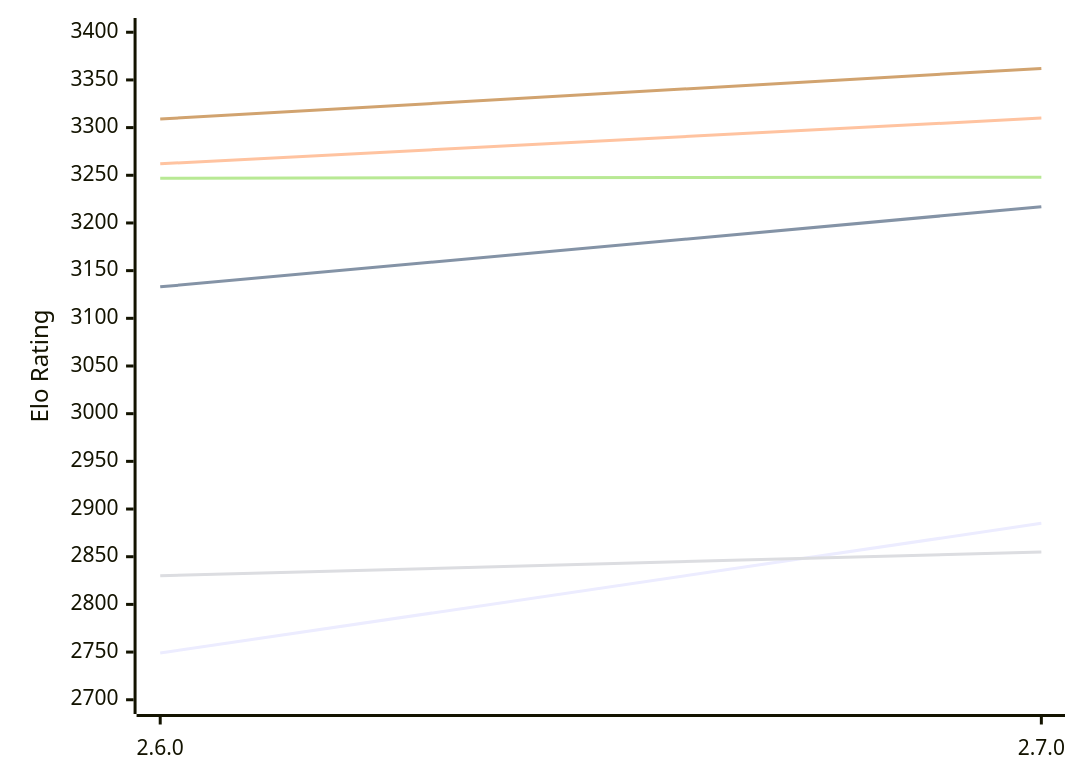
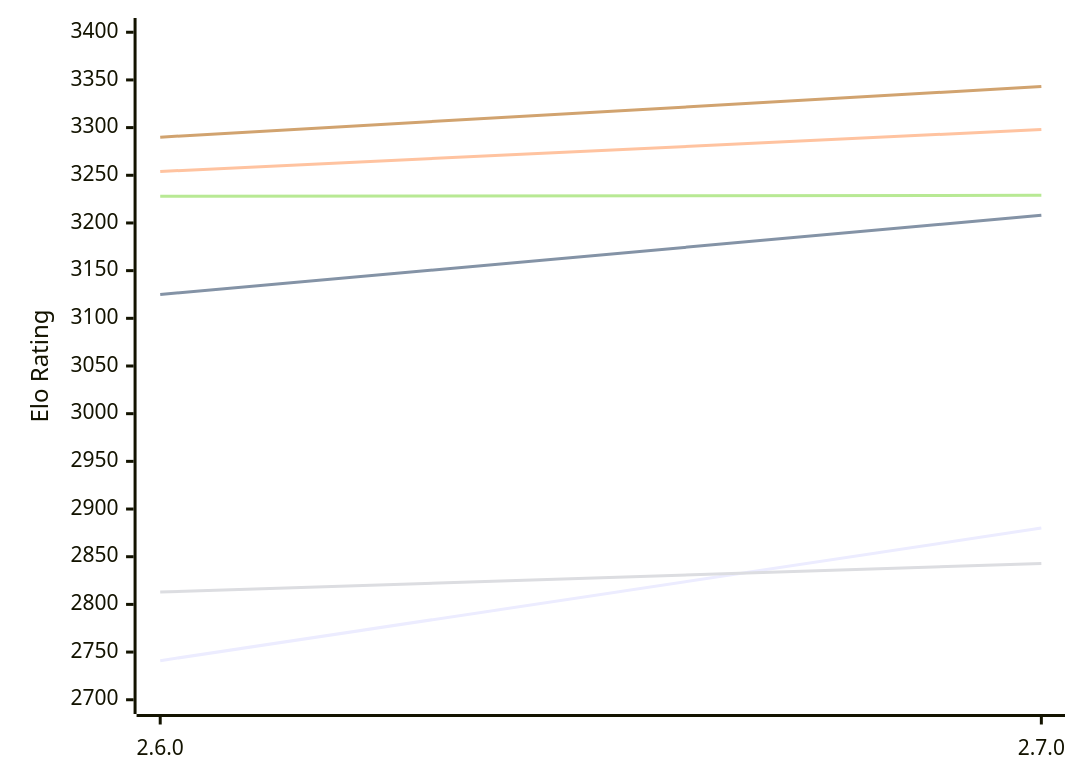
The first of 2 diagrams in engines/Sturddle2.md (computer-chess-index/cci), drawn with Mermaid before and after one commit. The commit also changed other lines of this file, not shown here.

Commit message:
Update CCI Ratings (ELO VLTC) - 2026-11-02

````diff
--- a/engines/Sturddle2.md
+++ b/engines/Sturddle2.md
@@ -51,12 +51,12 @@
 ```mermaid
 %%{init: {"theme":"base","themeVariables":{"seriesColors:['#a3a3a3','#222221','#faa371']}}}%%
 xychart-beta
   x-axis ["2.6.0", "2.7.0"]
   y-axis "Elo Rating" 2700 --> 3400
-  line "E1: STC (8.0+0.08s)" [2749, 2885]
-  line "E1: LTC (60.0+0.60s)" [3133, 3217]
-  line "E1: VLTC (2m24s+1.12s)" [3262, 3310]
-  line "P1: STC (8.0+0.08s)" [2830, 2855]
-  line "P1: LTC (60.0+0.60s)" [3247, 3248]
-  line "P1: VLTC (2m24s+1.12s)" [3309, 3362]
+  line "E1: STC (8.0+0.08s)" [2741, 2880]
+  line "E1: LTC (60.0+0.60s)" [3125, 3208]
+  line "E1: VLTC (2m24s+1.12s)" [3254, 3298]
+  line "P1: STC (8.0+0.08s)" [2813, 2843]
+  line "P1: LTC (60.0+0.60s)" [3228, 3229]
+  line "P1: VLTC (2m24s+1.12s)" [3290, 3343]
 ```
````
